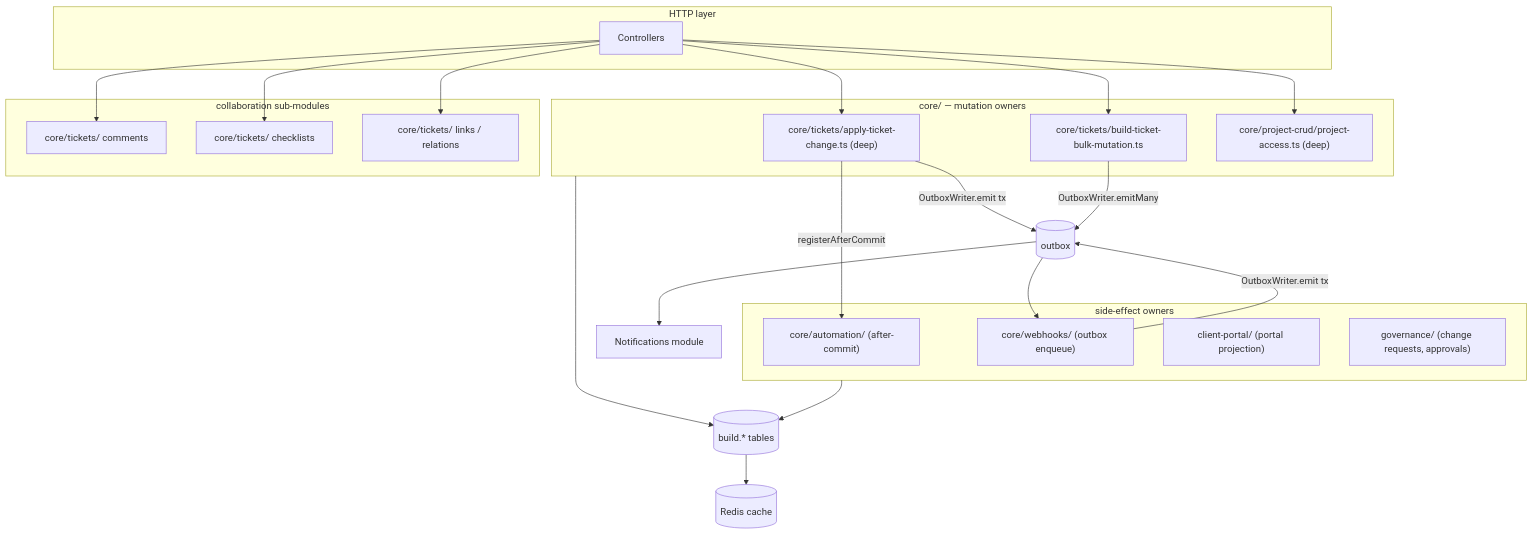
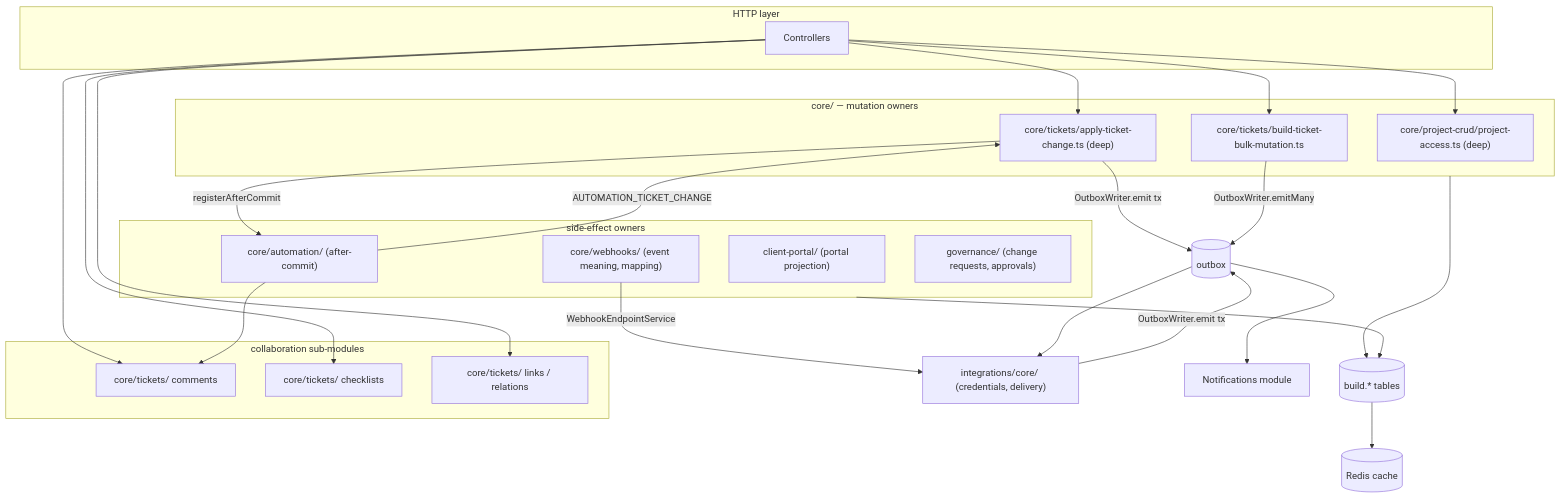
Before and after one commit to Startupppp/streamlineos-frontend: the diagram in docs/specs/build/module/07-architecture-integrations-prd.md, drawn with Mermaid. The commit also changed other lines of this file, not shown here.

Commit message:
docs(build): align architecture contract owner map with the implemented review items

````diff
--- a/docs/specs/build/module/07-architecture-integrations-prd.md
+++ b/docs/specs/build/module/07-architecture-integrations-prd.md
@@ -20,37 +20,40 @@
 ```mermaid
 flowchart TB
   subgraph API["HTTP layer"]
     CTL[Controllers]
   end
   subgraph CORE["core/ — mutation owners"]
     AC["core/tickets/apply-ticket-change.ts (deep)"]
     BUL["core/tickets/build-ticket-bulk-mutation.ts"]
     PA["core/project-crud/project-access.ts (deep)"]
   end
   subgraph SUBS["collaboration sub-modules"]
     CMT["core/tickets/ comments"]
     CHK["core/tickets/ checklists"]
     LNK["core/tickets/ links / relations"]
   end
   subgraph SIDE["side-effect owners"]
     AUT["core/automation/ (after-commit)"]
-    WH["core/webhooks/ (outbox enqueue)"]
+    WH["core/webhooks/ (event meaning, mapping)"]
     CP["client-portal/ (portal projection)"]
     GOV["governance/ (change requests, approvals)"]
   end
   CTL --> AC
   CTL --> BUL
   CTL --> PA
   CTL --> CMT
   CTL --> CHK
   CTL --> LNK
   AC -->|OutboxWriter.emit tx| OB[(outbox)]
   BUL -->|OutboxWriter.emitMany| OB
   AC -->|registerAfterCommit| AUT
-  WH -->|OutboxWriter.emit tx| OB
+  AUT -->|AUTOMATION_TICKET_CHANGE| AC
+  AUT --> CMT
+  WH -->|WebhookEndpointService| INT["integrations/core/ (credentials, delivery)"]
+  INT -->|OutboxWriter.emit tx| OB
   OB --> NOT[Notifications module]
-  OB --> WH
+  OB --> INT
   CORE --> DB[(build.* tables)]
   SIDE --> DB
   DB --> RDS[(Redis cache)]
 ```
````
